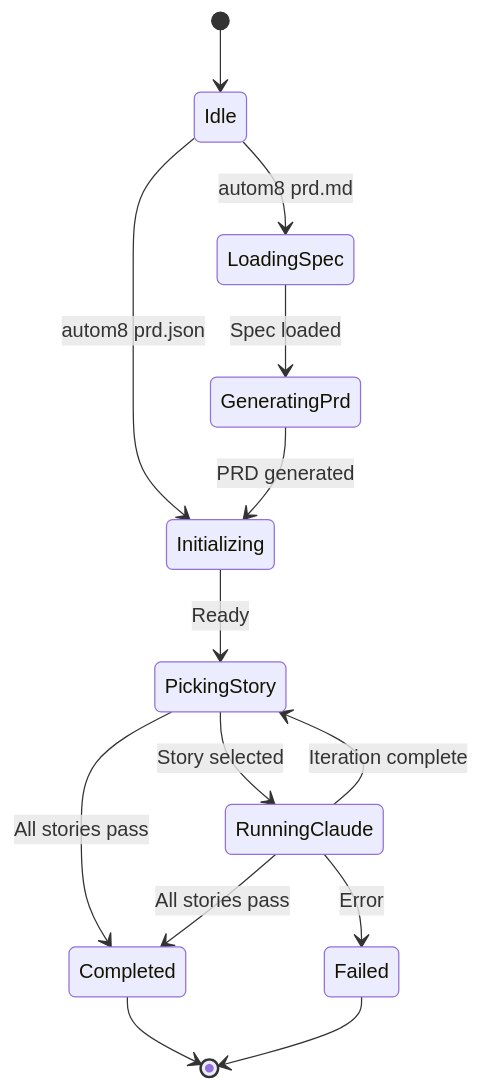
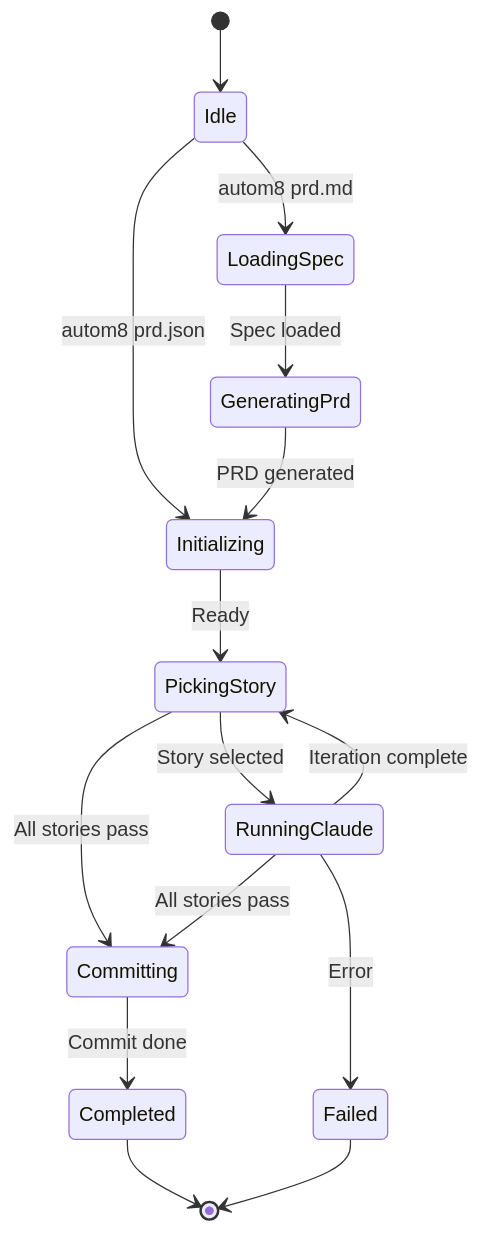
Before and after one commit to louisboilard/autom8: the diagram in README.md, drawn with Mermaid. The commit also changed other lines of this file and 6 other files, not shown here.

````diff
--- a/README.md
+++ b/README.md
@@ -88,22 +89,24 @@
 ```mermaid
 stateDiagram-v2
     [*] --> Idle
 
     Idle --> LoadingSpec: autom8 prd.md
     Idle --> Initializing: autom8 prd.json
 
     LoadingSpec --> GeneratingPrd: Spec loaded
     GeneratingPrd --> Initializing: PRD generated
 
     Initializing --> PickingStory: Ready
 
     PickingStory --> RunningClaude: Story selected
-    PickingStory --> Completed: All stories pass
+    PickingStory --> Committing: All stories pass
 
     RunningClaude --> PickingStory: Iteration complete
-    RunningClaude --> Completed: All stories pass
+    RunningClaude --> Committing: All stories pass
     RunningClaude --> Failed: Error
+
+    Committing --> Completed: Commit done
 
     Completed --> [*]
     Failed --> [*]
 ```
````
